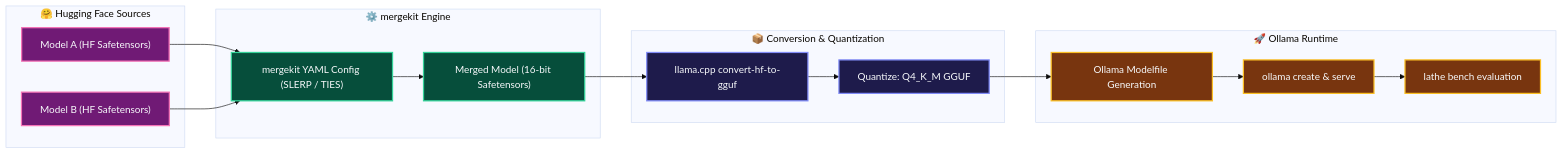
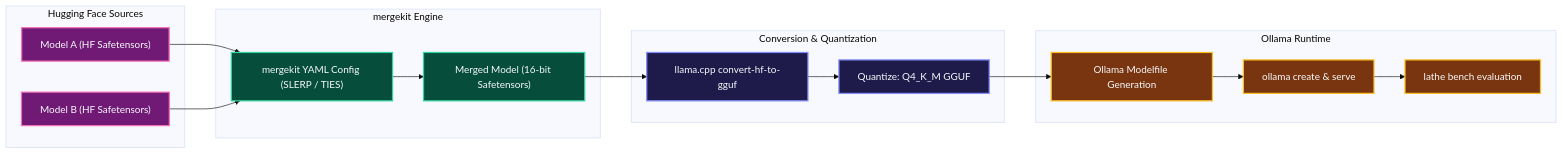
One commit to AdityaSurse/lathe changed the sixth of 10 diagrams in README.md. Above: the diagram before and after it, drawn with Mermaid (base theme). The commit also changed other lines of this file, not shown here.

````diff
--- a/README.md
+++ b/README.md
@@ -233,37 +233,37 @@
 ```mermaid
 flowchart LR
     classDef hfStyle fill:#701a75,stroke:#f472b6,stroke-width:2px,color:#f8fafc;
     classDef mergeStyle fill:#064e3b,stroke:#34d399,stroke-width:2px,color:#f8fafc;
     classDef quantStyle fill:#1e1b4b,stroke:#818cf8,stroke-width:2px,color:#f8fafc;
     classDef deployStyle fill:#78350f,stroke:#fbbf24,stroke-width:2px,color:#f8fafc;
 
-    subgraph HFModels ["🤗 Hugging Face Sources"]
+    subgraph HFModels ["Hugging Face Sources"]
         ModelA["Model A (HF Safetensors)"]:::hfStyle
         ModelB["Model B (HF Safetensors)"]:::hfStyle
     end
 
-    subgraph MergekitEngine ["⚙️ mergekit Engine"]
+    subgraph MergekitEngine ["mergekit Engine"]
         Config["mergekit YAML Config (SLERP / TIES)"]:::mergeStyle
         MergedFP16["Merged Model (16-bit Safetensors)"]:::mergeStyle
     end
 
-    subgraph LlamaCpp ["📦 Conversion & Quantization"]
+    subgraph LlamaCpp ["Conversion & Quantization"]
         Convert["llama.cpp convert-hf-to-gguf"]:::quantStyle
         Quantize["Quantize: Q4_K_M GGUF"]:::quantStyle
     end
 
-    subgraph LocalServe ["🚀 Ollama Runtime"]
+    subgraph LocalServe ["Ollama Runtime"]
         Modelfile["Ollama Modelfile Generation"]:::deployStyle
         OllamaLoad["ollama create & serve"]:::deployStyle
         LatheBench["lathe bench evaluation"]:::deployStyle
     end
 
     ModelA --> Config
     ModelB --> Config
     Config --> MergedFP16
     MergedFP16 --> Convert
     Convert --> Quantize
     Quantize --> Modelfile
     Modelfile --> OllamaLoad
     OllamaLoad --> LatheBench
 ```
````
